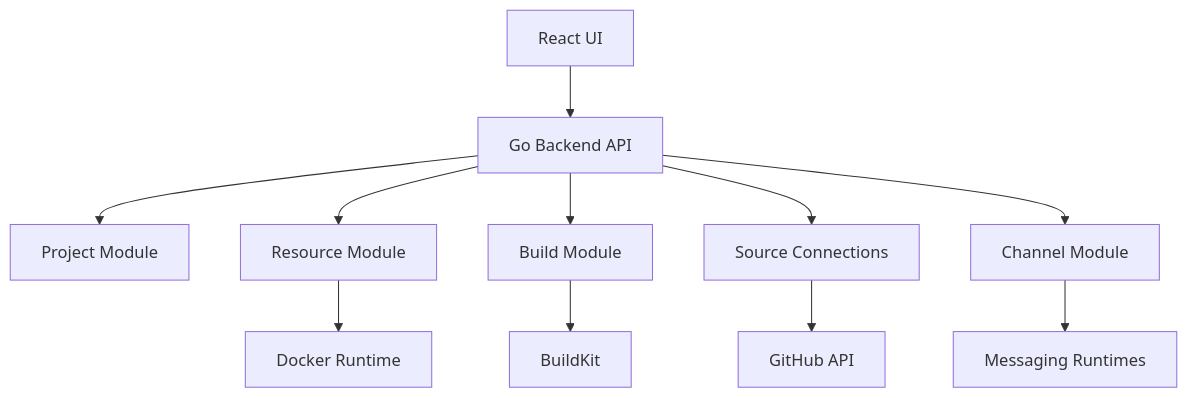
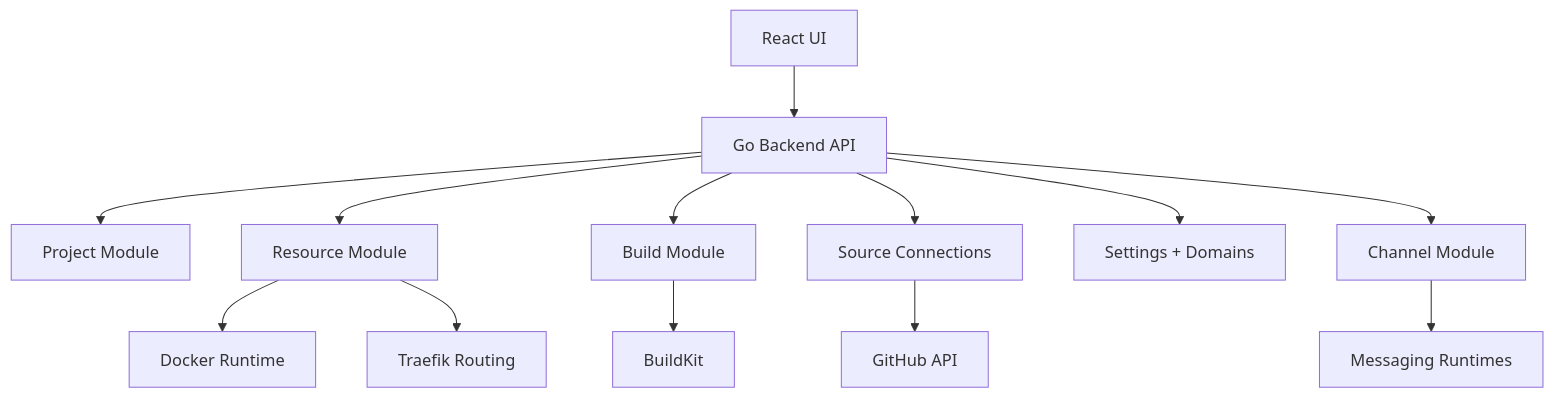
Before and after one commit to OpenViCloud/tango: the first of 7 diagrams in roadmap/ARCHITECTURE.md, drawn with Mermaid. The commit also changed other lines of this file and 3 other files, not shown here.

````diff
--- a/roadmap/ARCHITECTURE.md
+++ b/roadmap/ARCHITECTURE.md
@@ -11,13 +11,15 @@
 ```mermaid
 graph TD
     UI[React UI] --> API[Go Backend API]
     API --> PM[Project Module]
     API --> RM[Resource Module]
     API --> BM[Build Module]
     API --> SC[Source Connections]
+    API --> ST[Settings + Domains]
     API --> CH[Channel Module]
     RM --> DR[Docker Runtime]
+    RM --> TR[Traefik Routing]
     BM --> BK[BuildKit]
     SC --> GH[GitHub API]
     CH --> MS[Messaging Runtimes]
 ```
````
